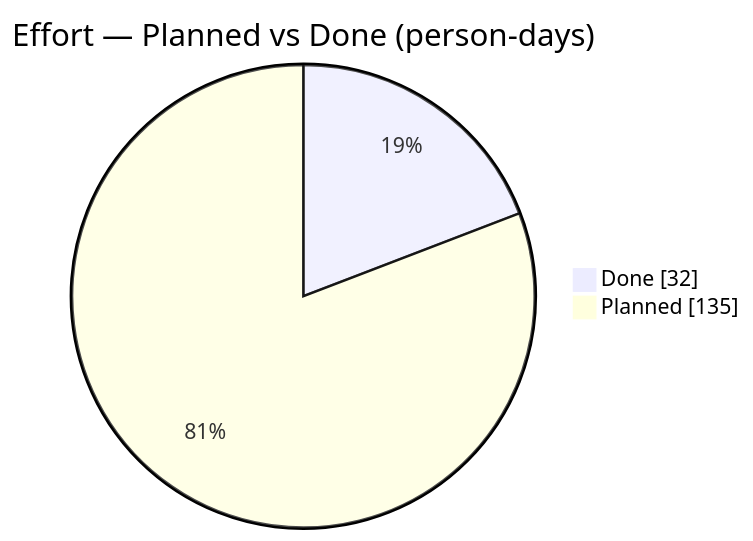
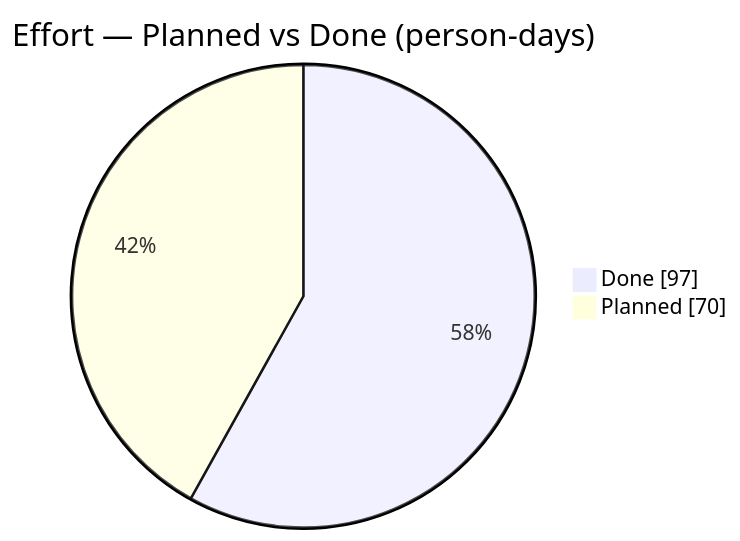
One commit to Katty-Fashion/kf-cpto changed the first of 2 diagrams in docs/_projects/kf-platform.md. Above: the diagram before and after it, drawn with Mermaid. The commit also changed other lines of this file and 14 other files, not shown here.

````diff
--- a/docs/_projects/kf-platform.md
+++ b/docs/_projects/kf-platform.md
@@ -98,5 +98,5 @@
 ```mermaid
 pie showData title Effort — Planned vs Done (person-days)
-    "Done" : 32.0
-    "Planned" : 135.0
+    "Done" : 97.0
+    "Planned" : 70.0
 ```
````
